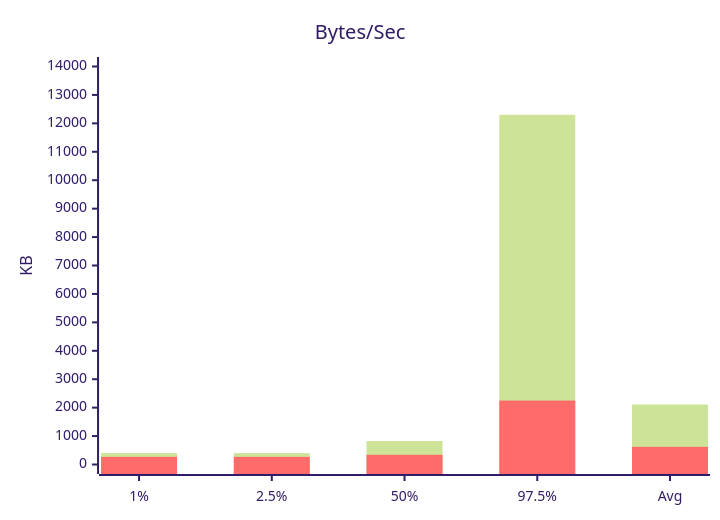
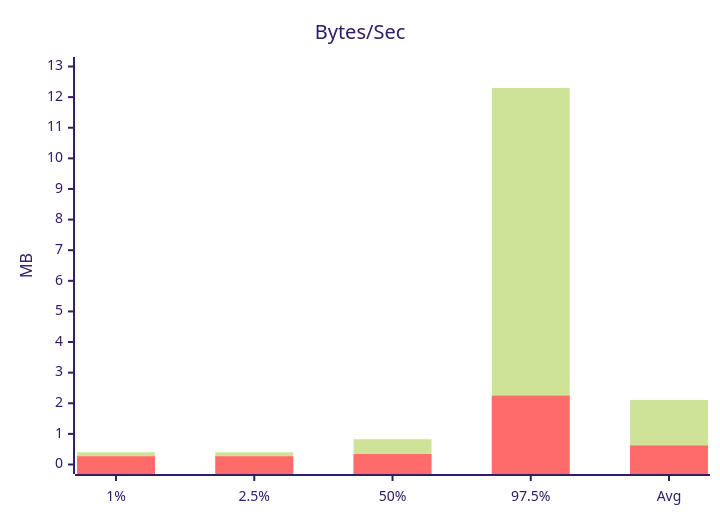
Before and after one commit to tuphan-dn/tuphan.dev: the second of 2 diagrams in src/app/blog/10x-your-js-web-servers/page.md, drawn with Mermaid (forest theme). The commit also changed other lines of this file and 1 other file, not shown here.

Commit message:
fix: overflow table

````diff
--- a/src/app/blog/10x-your-js-web-servers/page.md
+++ b/src/app/blog/10x-your-js-web-servers/page.md
@@ -92,8 +92,8 @@
 ```mermaid
 xychart-beta
     title "Bytes/Sec"
     x-axis ["1%", "2.5%",	"50%", "97.5%", Avg]
-    y-axis KB 0 --> 14000
-    bar [401, 401, 825, 12300, 2110]
-    bar [269,	269, 341,	2250, 621]
+    y-axis MB 0 --> 13
+    bar [0.401, 0.401, 0.825, 12.3, 2.11]
+    bar [0.269,	0.269, 0.341,	2.25, 0.621]
 ```
````
